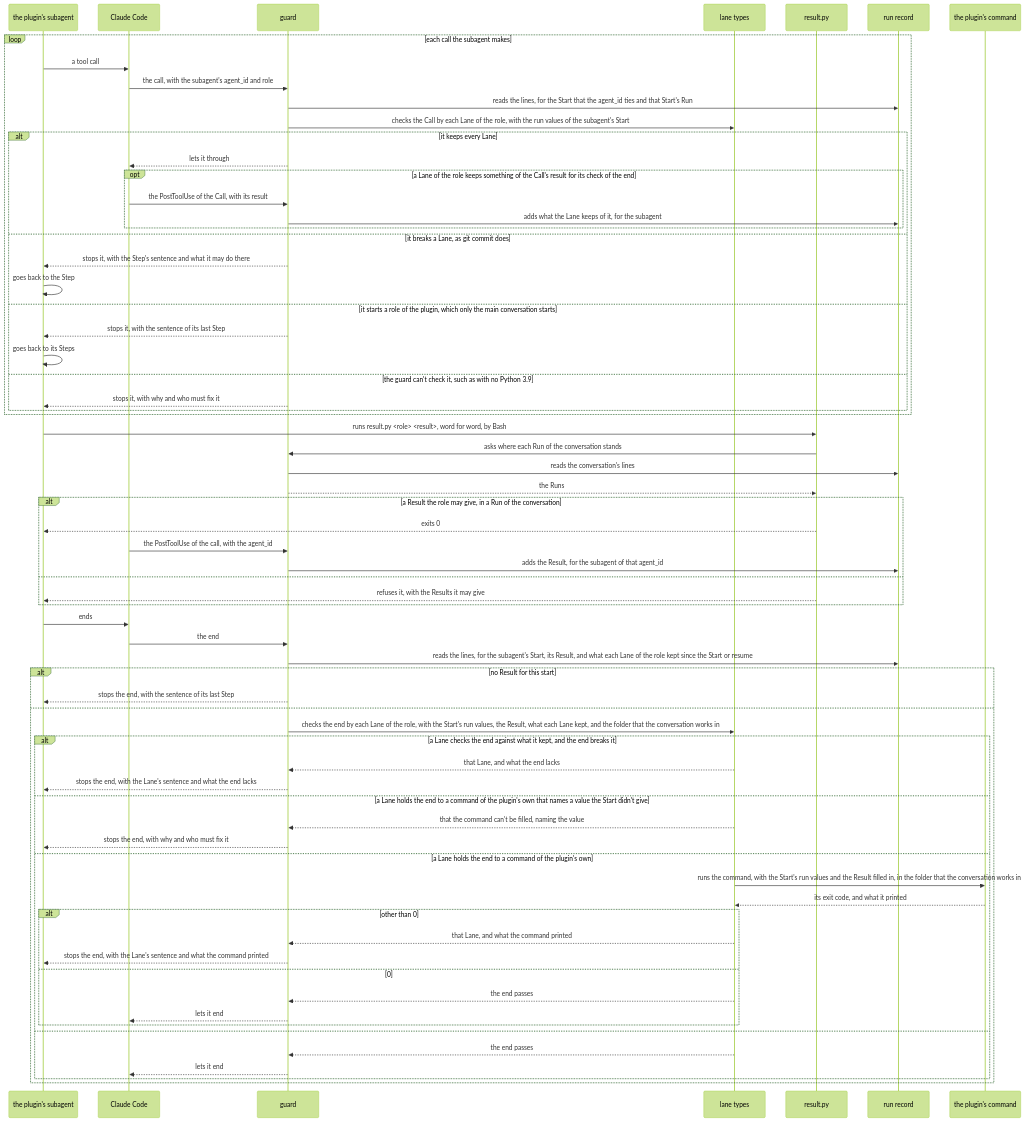
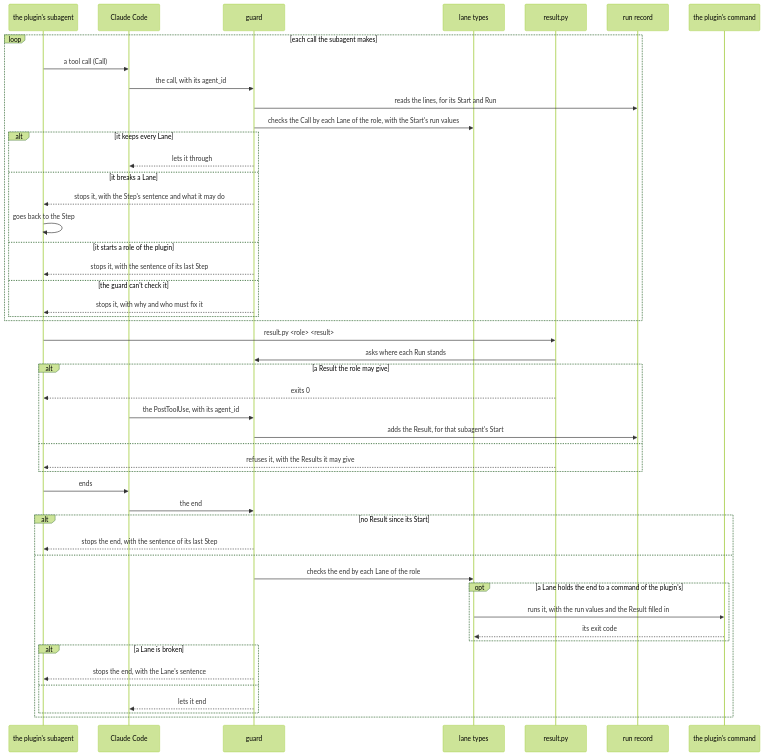
One commit to lovaizu/ccpm changed the sixth of 7 diagrams in dev/lane/architecture.md. Above: the diagram before and after it, drawn with Mermaid (forest theme). The commit also changed other lines of this file and 1 other file, not shown here.

First line of the commit message:
lane's architecture: rebuilt from the design tree's decisions and its inputs to the template, each line of Components a few words of what the part alone decides, each choice one reason and one cost, each kind of data a few words, and each sequence the main path with the branches its tests rest on

````diff
--- a/dev/lane/architecture.md
+++ b/dev/lane/architecture.md
@@ -741,70 +499,51 @@
 ```mermaid
 sequenceDiagram
   participant SA as the plugin's subagent
   participant CC as Claude Code
   participant G as guard
   participant T as lane types
   participant R as result.py
   participant RS as run record
   participant PC as the plugin's command
   loop each call the subagent makes
-    SA->>CC: a tool call
-    CC->>G: the call, with the subagent's agent_id and role
-    G->>RS: reads the lines, for the Start that the agent_id ties and that Start's Run
-    G->>T: checks the Call by each Lane of the role, with the run values of the subagent's Start
+    SA->>CC: a tool call (Call)
+    CC->>G: the call, with its agent_id
+    G->>RS: reads the lines, for its Start and Run
+    G->>T: checks the Call by each Lane of the role, with the Start's run values
     alt it keeps every Lane
       G-->>CC: lets it through
-      opt a Lane of the role keeps something of the Call's result for its check of the end
-        CC->>G: the PostToolUse of the Call, with its result
-        G->>RS: adds what the Lane keeps of it, for the subagent
-      end
-    else it breaks a Lane, as git commit does
-      G-->>SA: stops it, with the Step's sentence and what it may do there
+    else it breaks a Lane
+      G-->>SA: stops it, with the Step's sentence and what it may do
       SA->>SA: goes back to the Step
-    else it starts a role of the plugin, which only the main conversation starts
+    else it starts a role of the plugin
       G-->>SA: stops it, with the sentence of its last Step
-      SA->>SA: goes back to its Steps
-    else the guard can't check it, such as with no Python 3.9
+    else the guard can't check it
       G-->>SA: stops it, with why and who must fix it
     end
   end
-  SA->>R: runs result.py <role> <result>, word for word, by Bash
-  R->>G: asks where each Run of the conversation stands
-  G->>RS: reads the conversation's lines
-  G-->>R: the Runs
-  alt a Result the role may give, in a Run of the conversation
+  SA->>R: result.py <role> <result>
+  R->>G: asks where each Run stands
+  alt a Result the role may give
     R-->>SA: exits 0
-    CC->>G: the PostToolUse of the call, with the agent_id
-    G->>RS: adds the Result, for the subagent of that agent_id
+    CC->>G: the PostToolUse, with its agent_id
+    G->>RS: adds the Result, for that subagent's Start
   else
     R-->>SA: refuses it, with the Results it may give
   end
   SA->>CC: ends
   CC->>G: the end
-  G->>RS: reads the lines, for the subagent's Start, its Result, and what each Lane of the role kept since the Start or resume
-  alt no Result for this start
+  alt no Result since its Start
     G-->>SA: stops the end, with the sentence of its last Step
   else
-    G->>T: checks the end by each Lane of the role, with the Start's run values, the Result, what each Lane kept, and the folder that the conversation works in
-    alt a Lane checks the end against what it kept, and the end breaks it
-      T-->>G: that Lane, and what the end lacks
-      G-->>SA: stops the end, with the Lane's sentence and what the end lacks
-    else a Lane holds the end to a command of the plugin's own that names a value the Start didn't give
-      T-->>G: that the command can't be filled, naming the value
-      G-->>SA: stops the end, with why and who must fix it
-    else a Lane holds the end to a command of the plugin's own
-      T->>PC: runs the command, with the Start's run values and the Result filled in, in the folder that the conversation works in
-      PC-->>T: its exit code, and what it printed
-      alt other than 0
-        T-->>G: that Lane, and what the command printed
-        G-->>SA: stops the end, with the Lane's sentence and what the command printed
-      else 0
-        T-->>G: the end passes
-        G-->>CC: lets it end
-      end
+    G->>T: checks the end by each Lane of the role
+    opt a Lane holds the end to a command of the plugin's
+      T->>PC: runs it, with the run values and the Result filled in
+      PC-->>T: its exit code
+    end
+    alt a Lane is broken
+      G-->>SA: stops the end, with the Lane's sentence
     else
-      T-->>G: the end passes
       G-->>CC: lets it end
     end
   end
 ```
````
